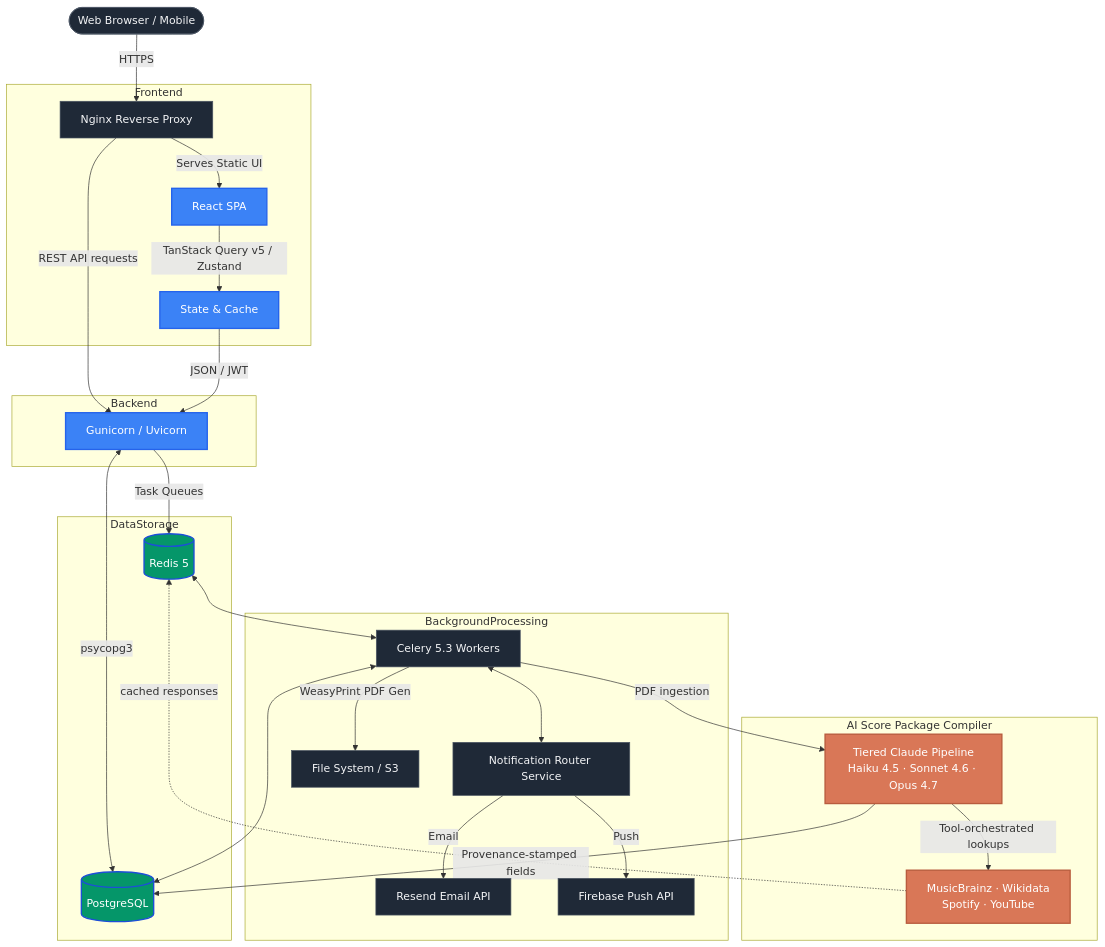
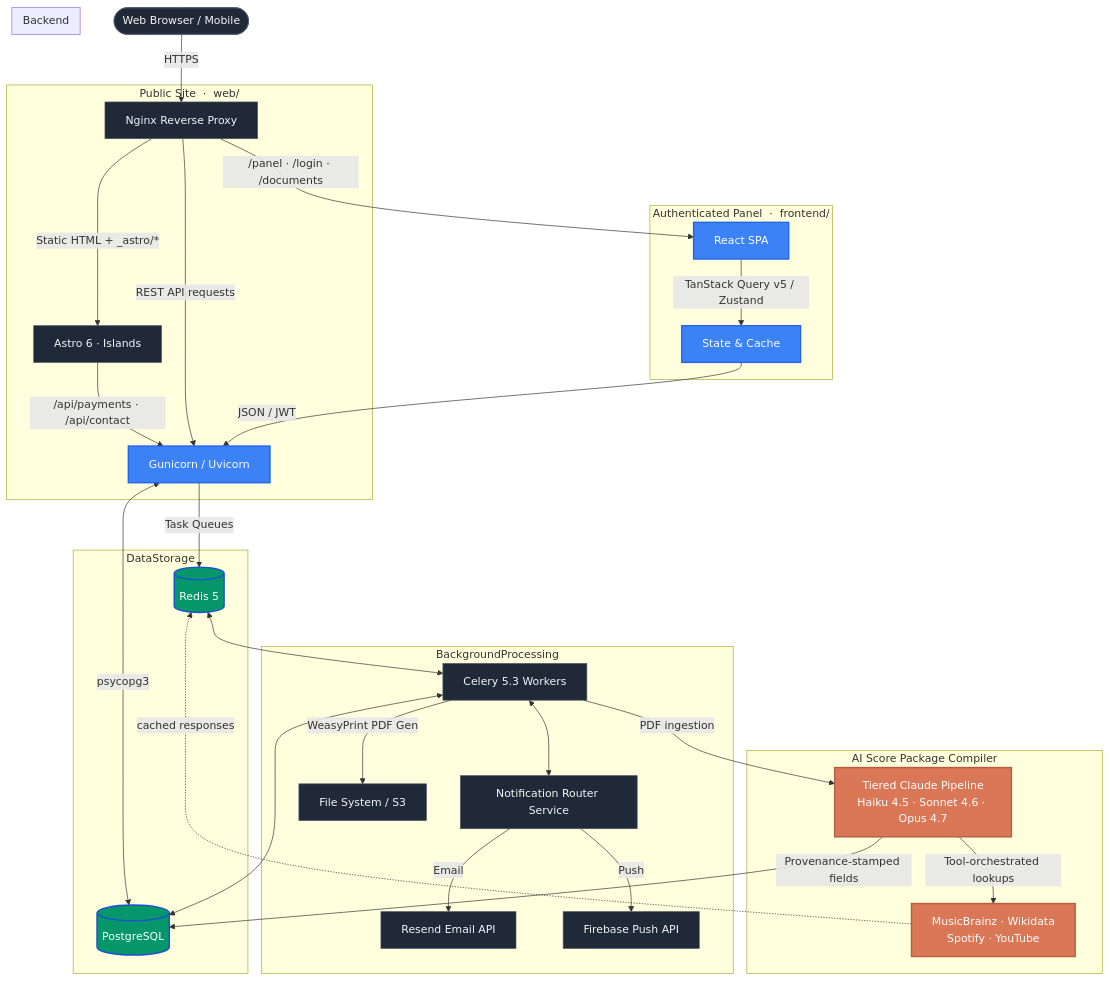
The diagram in README.md (bedikryst/VoctManager), drawn with Mermaid before and after one commit. The commit also changed other lines of this file and 3 other files, not shown here.

Commit message:
feat(docs): update README files to reflect dual frontend architecture and Dockerized production deployment

````diff
--- a/README.md
+++ b/README.md
@@ -27,44 +27,49 @@
 ```mermaid
 graph TD
     Client([Web Browser / Mobile]) -->|HTTPS| Nginx[Nginx Reverse Proxy]
 
-    subgraph Frontend
-        Nginx -->|Serves Static UI| React[React SPA]
+    subgraph PublicWeb [Public Site &nbsp;·&nbsp; web/]
+        Nginx -->|Static HTML + _astro/*| Astro[Astro 6 · Islands]
+        Astro -->|/api/payments · /api/contact| Gunicorn
+    end
+
+    subgraph Panel [Authenticated Panel &nbsp;·&nbsp; frontend/]
+        Nginx -->|/panel · /login · /documents| React[React SPA]
         React -->|TanStack Query v5 / Zustand| StateManager[State & Cache]
     end
 
     subgraph Backend
         Nginx -->|REST API requests| Gunicorn[Gunicorn / Uvicorn]
         StateManager -->|JSON / JWT| Gunicorn
     end
 
     subgraph DataStorage
         Gunicorn <-->|psycopg3| DB[(PostgreSQL)]
         Gunicorn -->|Task Queues| Redis[(Redis 5)]
     end
 
     subgraph BackgroundProcessing
         Redis <--> Celery[Celery 5.3 Workers]
         Celery <--> NotificationService[Notification Router Service]
         NotificationService -->|Email| Resend[Resend Email API]
         NotificationService -->|Push| Firebase[Firebase Push API]
         Celery <--> DB
         Celery -->|WeasyPrint PDF Gen| Ext[File System / S3]
     end
 
     subgraph AIScoreCompiler[AI Score Package Compiler]
         Celery -->|PDF ingestion| Claude["Tiered Claude Pipeline<br/>Haiku 4.5 · Sonnet 4.6 · Opus 4.7"]
         Claude -->|Tool-orchestrated lookups| ExtMeta["MusicBrainz · Wikidata<br/>Spotify · YouTube"]
         ExtMeta -.->|cached responses| Redis
         Claude -->|Provenance-stamped fields| DB
     end
 
     classDef default fill:#1f2937,stroke:#4b5563,stroke-width:1px,color:#f3f4f6;
     classDef highlight fill:#3b82f6,stroke:#2563eb,stroke-width:2px,color:#ffffff;
     classDef db fill:#059669,stroke:#1d4ed8,stroke-width:2px,color:#ffffff;
     classDef ai fill:#D97757,stroke:#b85c3e,stroke-width:2px,color:#ffffff;
 
     class React,StateManager,Gunicorn highlight;
     class DB,Redis db;
     class Claude,ExtMeta ai;
 ```
````
